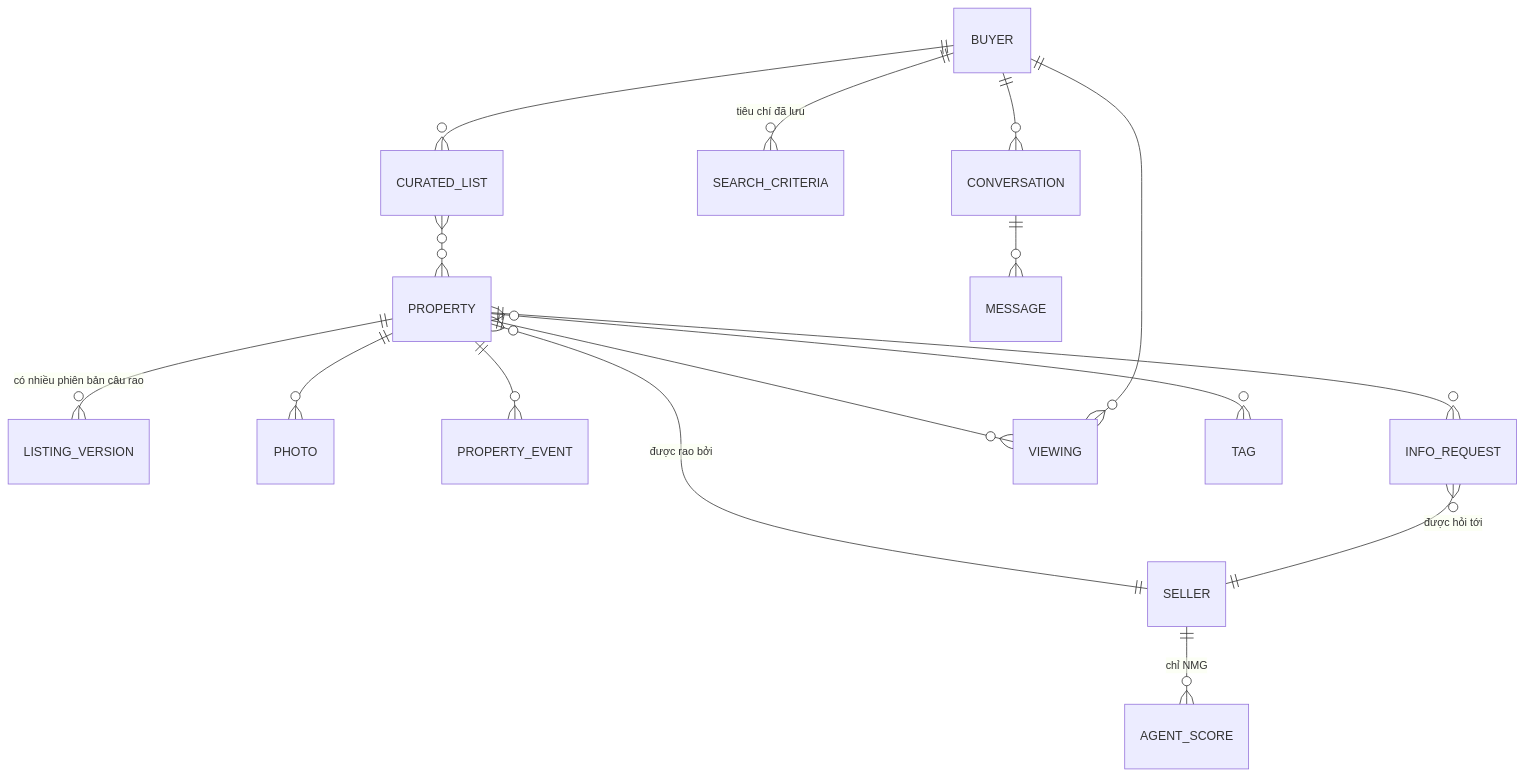
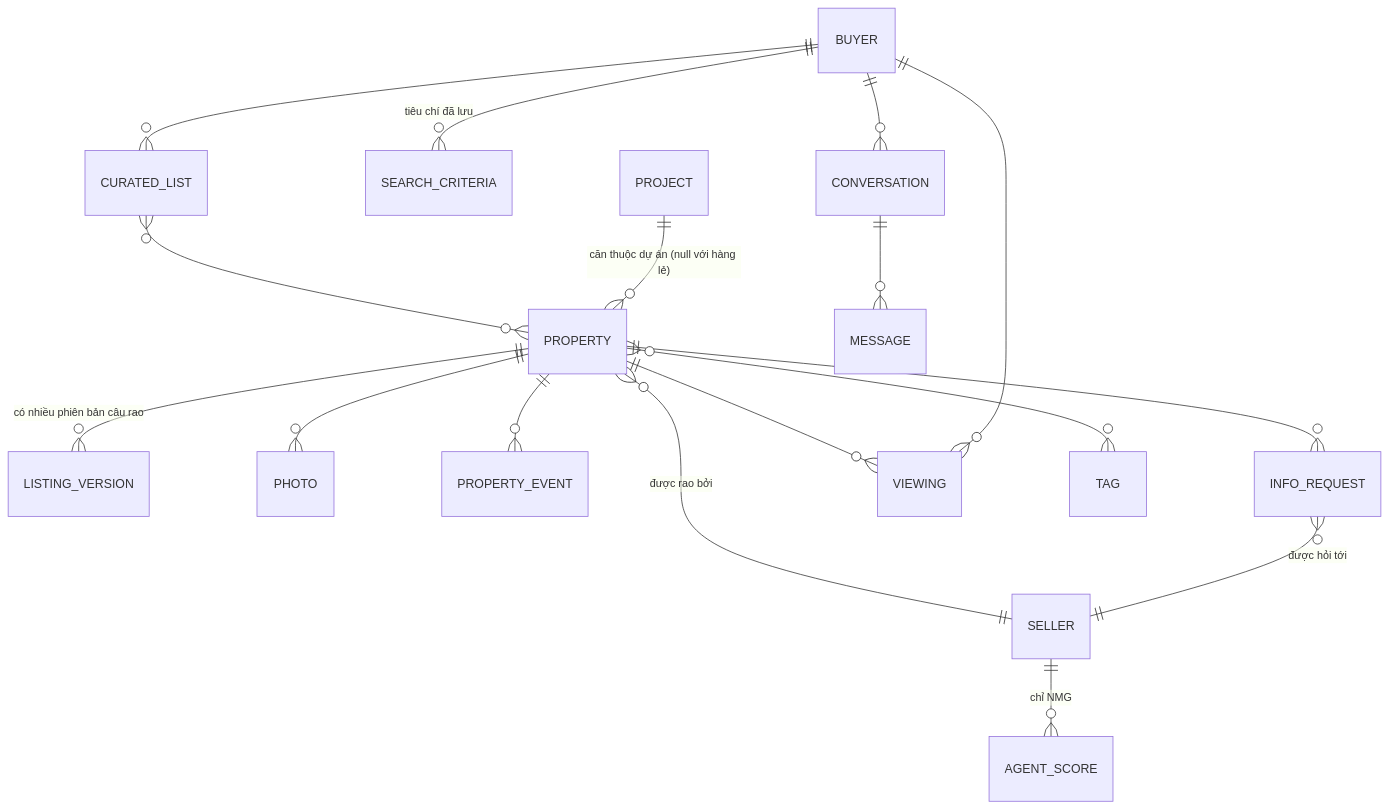
One commit to quang507/Nhadat.cc changed the second of 2 diagrams in docs/04-information-architecture.md. Above: the diagram before and after it, drawn with Mermaid. The commit also changed other lines of this file and 7 other files, not shown here.

````diff
--- a/docs/04-information-architecture.md
+++ b/docs/04-information-architecture.md
@@ -92,18 +92,19 @@
 ```mermaid
 erDiagram
     PROPERTY ||--o{ LISTING_VERSION : "có nhiều phiên bản câu rao"
     PROPERTY ||--o{ PHOTO : ""
     PROPERTY ||--o{ PROPERTY_EVENT : ""
     PROPERTY ||--o{ INFO_REQUEST : ""
     PROPERTY ||--o{ VIEWING : ""
     PROPERTY }o--|| SELLER : "được rao bởi"
     PROPERTY }o--o{ TAG : ""
     BUYER ||--o{ CONVERSATION : ""
     CONVERSATION ||--o{ MESSAGE : ""
     BUYER ||--o{ SEARCH_CRITERIA : "tiêu chí đã lưu"
     BUYER ||--o{ VIEWING : ""
     BUYER ||--o{ CURATED_LIST : ""
     CURATED_LIST }o--o{ PROPERTY : ""
     INFO_REQUEST }o--|| SELLER : "được hỏi tới"
     SELLER ||--o{ AGENT_SCORE : "chỉ NMG"
+    PROJECT ||--o{ PROPERTY : "căn thuộc dự án (null với hàng lẻ)"
 ```
````
